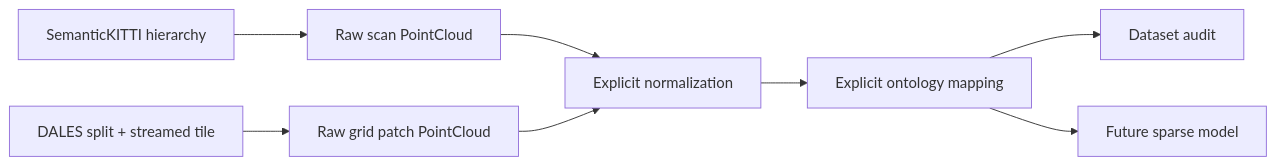
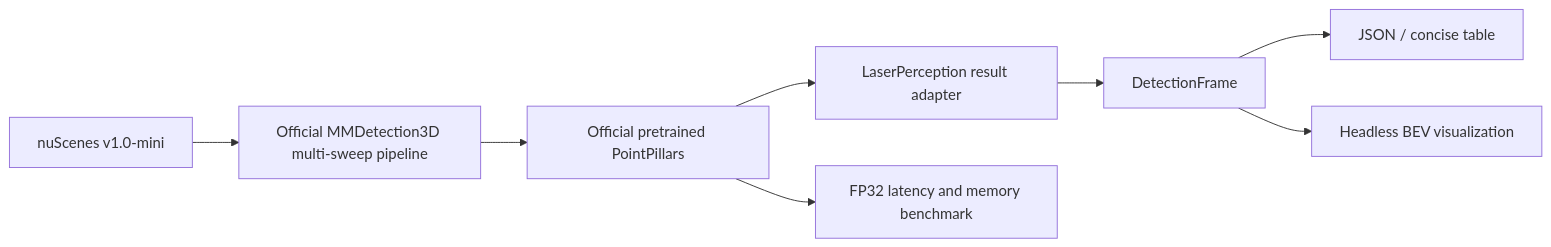
Before and after one commit to muhammadmahadazher/laserperception: the diagram in README.md, drawn with Mermaid. The commit also changed other lines of this file and 6 other files, not shown here.

Commit message:
docs: transition LaserPerception to 3D detection roadmap

````diff
--- a/README.md
+++ b/README.md
@@ -86,10 +55,10 @@
 ```mermaid
 flowchart LR
-    A["SemanticKITTI hierarchy"] --> B["Raw scan PointCloud"]
-    C["DALES split + streamed tile"] --> D["Raw grid patch PointCloud"]
-    B --> E["Explicit normalization"]
-    D --> E
-    E --> F["Explicit ontology mapping"]
-    F --> G["Dataset audit"]
-    F --> H["Future sparse model"]
+    A["nuScenes v1.0-mini"] --> B["Official MMDetection3D multi-sweep pipeline"]
+    B --> C["Official pretrained PointPillars"]
+    C --> D["LaserPerception result adapter"]
+    D --> E["DetectionFrame"]
+    E --> F["JSON / concise table"]
+    E --> G["Headless BEV visualization"]
+    C --> H["FP32 latency and memory benchmark"]
 ```
````
